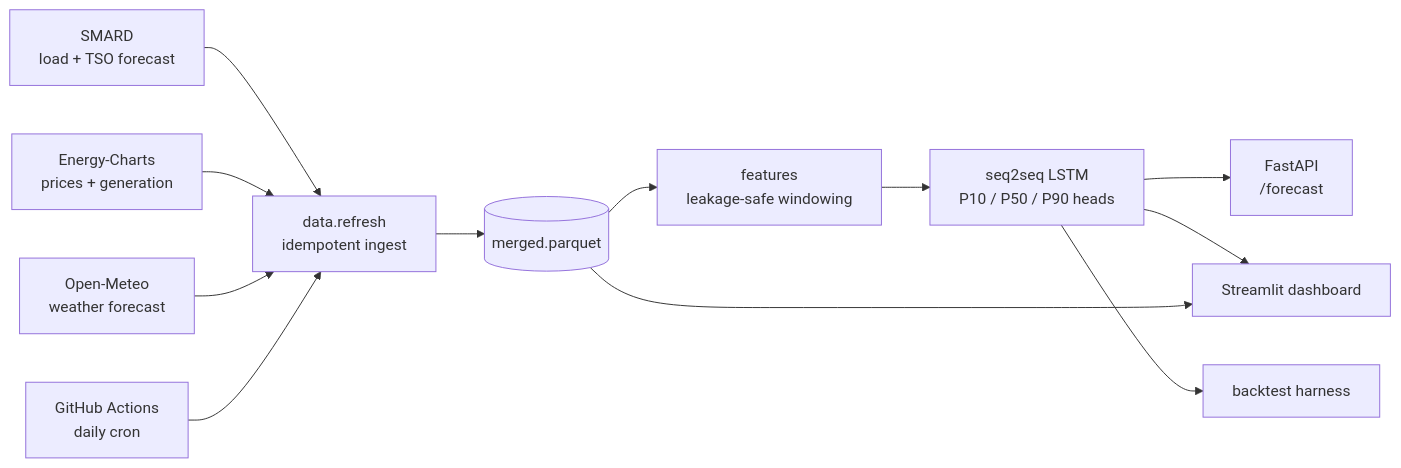
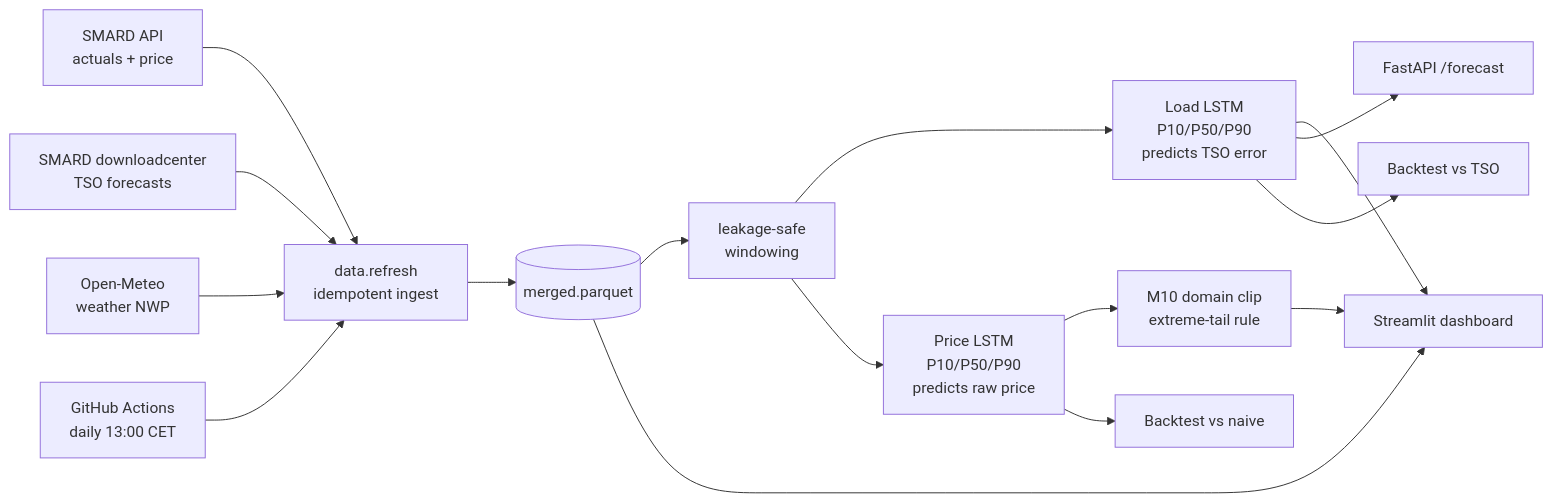
Before and after one commit to connectashish028/german-day-ahead-forecast: the diagram in README.md, drawn with Mermaid. The commit also changed other lines of this file, not shown here.

Commit message:
README: rewrite for dual-model scope (load + price)

````diff
--- a/README.md
+++ b/README.md
@@ -44,17 +60,21 @@
 ```mermaid
 flowchart LR
-    SMARD[SMARD<br>load + TSO forecast] --> REFRESH
-    EC[Energy-Charts<br>prices + generation] --> REFRESH
-    OM[Open-Meteo<br>weather forecast] --> REFRESH
+    SMARD_API[SMARD API<br>actuals + price] --> REFRESH
+    SMARD_DC[SMARD downloadcenter<br>TSO forecasts] --> REFRESH
+    OM[Open-Meteo<br>weather NWP] --> REFRESH
 
     REFRESH[data.refresh<br>idempotent ingest] --> PARQUET[(merged.parquet)]
-    PARQUET --> FEATS[features<br>leakage-safe windowing]
-    FEATS --> LSTM[seq2seq LSTM<br>P10 / P50 / P90 heads]
+    PARQUET --> FEATS[leakage-safe<br>windowing]
+    FEATS --> LOAD[Load LSTM<br>P10/P50/P90<br>predicts TSO error]
+    FEATS --> PRICE[Price LSTM<br>P10/P50/P90<br>predicts raw price]
 
-    LSTM --> API[FastAPI<br>/forecast]
-    LSTM --> DASH[Streamlit dashboard]
+    LOAD --> DASH[Streamlit dashboard]
+    PRICE --> CLIP[M10 domain clip<br>extreme-tail rule]
+    CLIP --> DASH
+    LOAD --> API[FastAPI /forecast]
     PARQUET --> DASH
-    LSTM --> BACKTEST[backtest harness]
+    LOAD --> BT_L[Backtest vs TSO]
+    PRICE --> BT_P[Backtest vs naive]
 
-    CRON[GitHub Actions<br>daily cron] --> REFRESH
+    CRON[GitHub Actions<br>daily 13:00 CET] --> REFRESH
 ```
````
